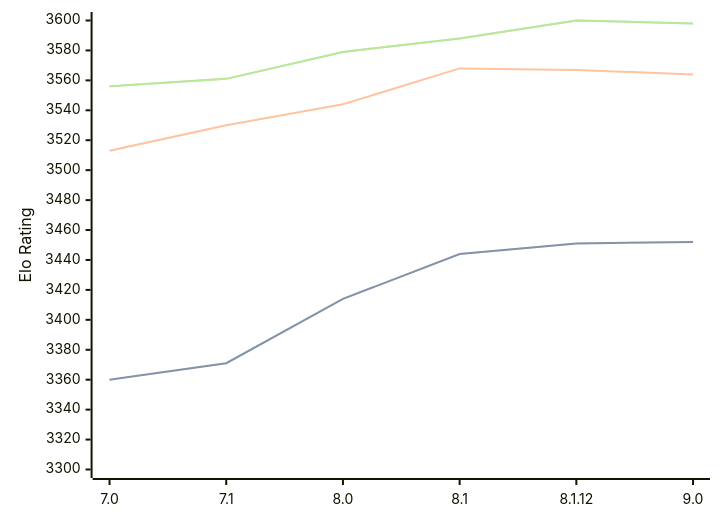
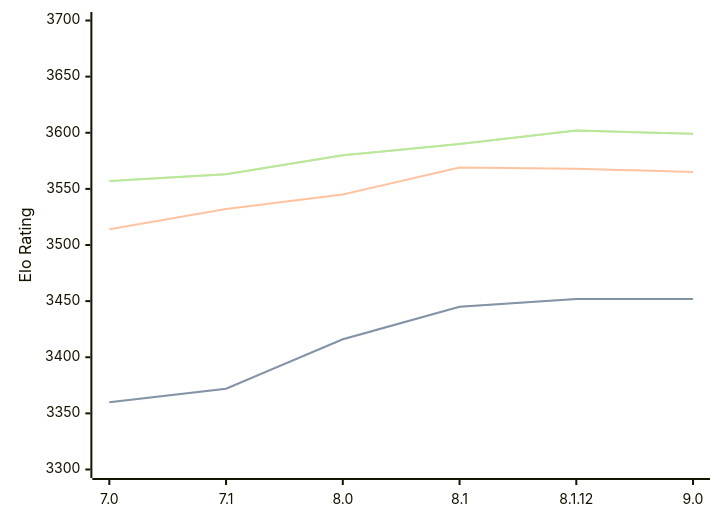
Before and after one commit to computer-chess-index/cci: the diagram in engines/Alexandria.md, drawn with Mermaid. The commit also changed other lines of this file, not shown here.

Commit message:
Update CCI Ratings (ELO VLTC) - 2026-04-07

````diff
--- a/engines/Alexandria.md
+++ b/engines/Alexandria.md
@@ -55,11 +55,11 @@
 ```mermaid
 %%{init: {"theme":"base","themeVariables":{"seriesColors:['#a3a3a3','#222221','#faa371']}}}%%
 xychart-beta
   x-axis ["7.0", "7.1", "8.0", "8.1", "8.1.12", "9.0"]
-  y-axis "Elo Rating" 3300 --> 3600
-  line "STC (8.0+0.08s)" [3360, 3371, 3414, 3444, 3451, 3452]
-  line "STC (8.0+0.08s)" [3360, 3371, 3414, 3444, 3451, 3452]
-  line "LTC (60.0+0.60s)" [3513, 3530, 3544, 3568, 3567, 3564]
-  line "VLTC (2m24s+1.12s)" [3556, 3561, 3579, 3588, 3600, 3598]
-  line "VLTC (2m24s+1.12s)" [3556, 3561, 3579, 3588, 3600, 3598]
+  y-axis "Elo Rating" 3300 --> 3700
+  line "STC (8.0+0.08s)" [3360, 3372, 3416, 3445, 3452, 3452]
+  line "STC (8.0+0.08s)" [3360, 3372, 3416, 3445, 3452, 3452]
+  line "LTC (60.0+0.60s)" [3514, 3532, 3545, 3569, 3568, 3565]
+  line "VLTC (2m24s+1.12s)" [3557, 3563, 3580, 3590, 3602, 3599]
+  line "VLTC (2m24s+1.12s)" [3557, 3563, 3580, 3590, 3602, 3599]
 ```
````
